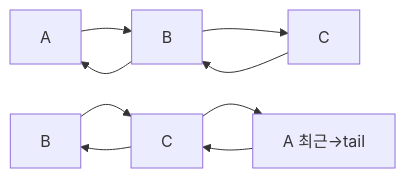
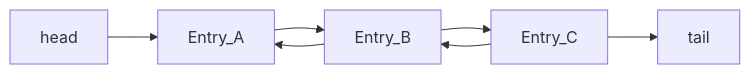
Before and after one commit to yjkim2015/yjkim2015.github.io: the fifth of 6 diagrams in _posts/java/2026-05-01-java-collections.md, drawn with Mermaid. The commit also changed other lines of this file and 4 other files, not shown here.

````diff
--- a/_posts/java/2026-05-01-java-collections.md
+++ b/_posts/java/2026-05-01-java-collections.md
@@ -523,7 +730,9 @@
 ```mermaid
 graph LR
-    A1["A"] --> B1["B"] --> C1["C"]
-    C1 --> B1 --> A1
-    B2["B"] --> C2["C"] --> A2["A 최근→tail"]
-    A2 --> C2 --> B2
+    HEAD["head"] --> EA["Entry_A"]
+    EA --> EB["Entry_B"]
+    EB --> EC["Entry_C"]
+    EC --> TAIL["tail"]
+    EB --> EA
+    EC --> EB
 ```
````
